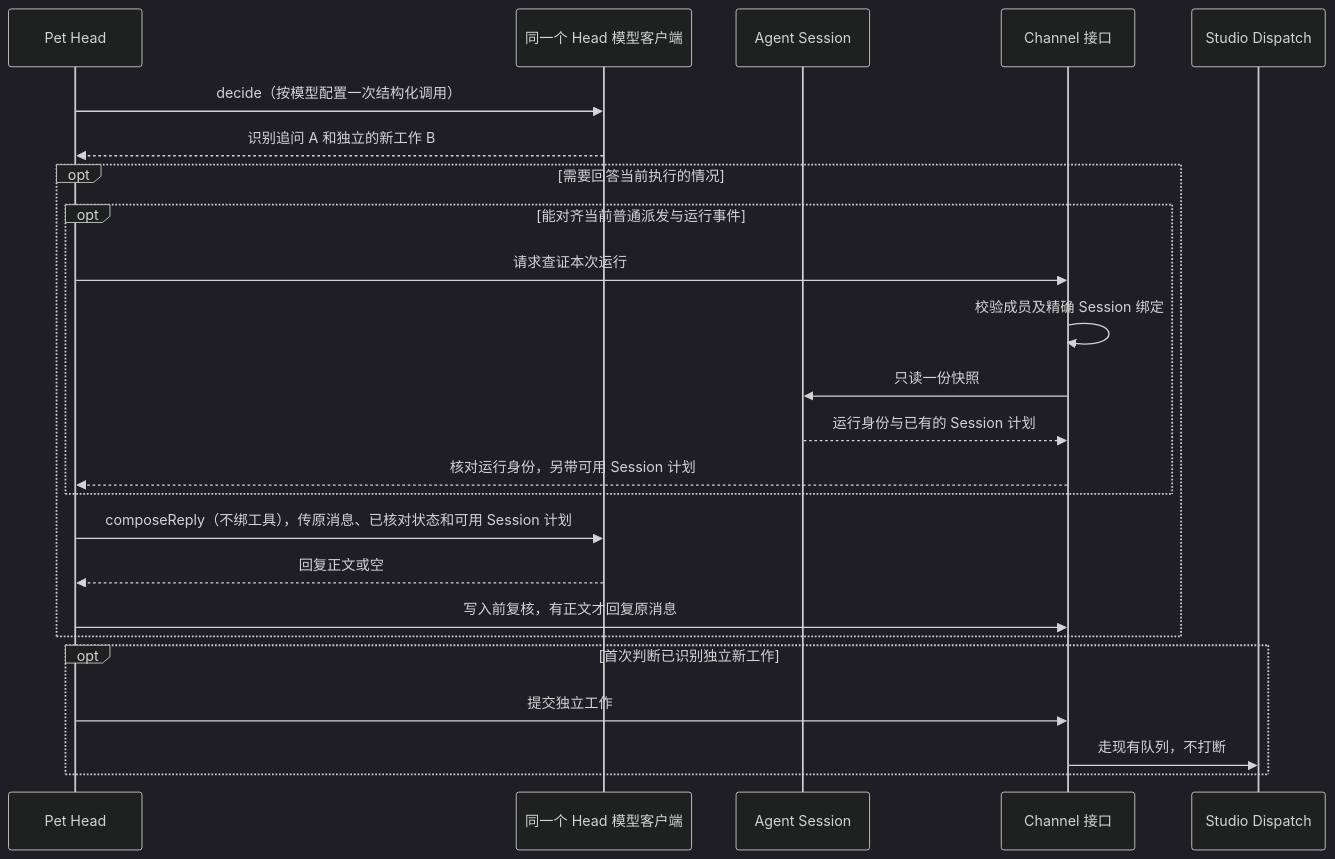
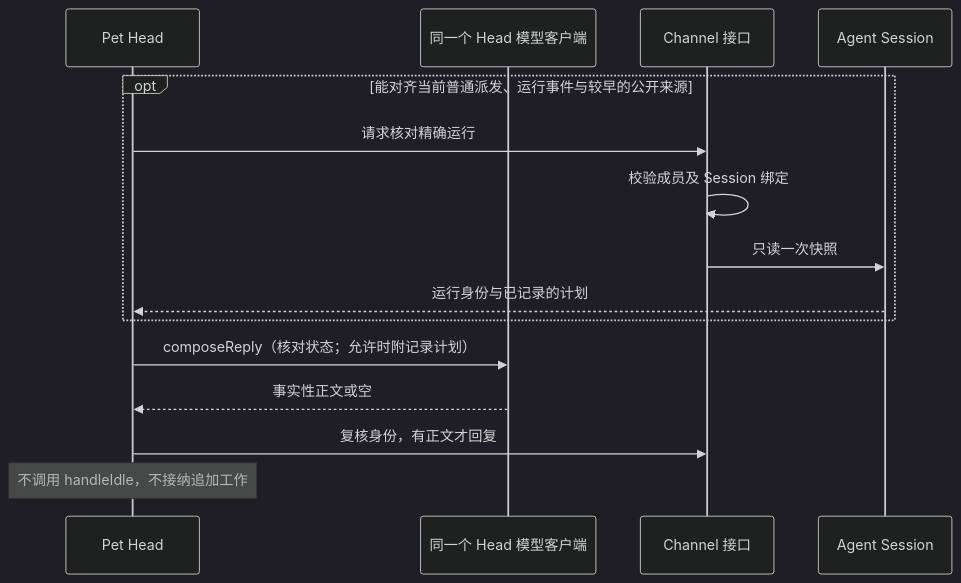
The fourth of 5 diagrams in docs/design/studio/pet-head-mechanism.md (pinpawo/pinpawo-agent), drawn with Mermaid (dark theme) before and after one commit. The commit also changed other lines of this file and 26 other files, not shown here.

````diff
--- a/docs/design/studio/pet-head-mechanism.md
+++ b/docs/design/studio/pet-head-mechanism.md
@@ -100,26 +101,17 @@
 ```mermaid
 sequenceDiagram
     participant H as Pet Head
     participant M as 同一个 Head 模型客户端
+    participant C as Channel 接口
     participant S as Agent Session
-    participant C as Channel 接口
-    participant D as Studio Dispatch
-    H->>M: decide（按模型配置一次结构化调用）
-    M-->>H: 识别追问 A 和独立的新工作 B
-    opt 需要回答当前执行的情况
-        opt 能对齐当前普通派发与运行事件
-            H->>C: 请求查证本次运行
-            C->>C: 校验成员及精确 Session 绑定
-            C->>S: 只读一份快照
-            S-->>C: 运行身份与已有的 Session 计划
-            C-->>H: 核对运行身份，另带可用 Session 计划
-        end
-        H->>M: composeReply（不绑工具），传原消息、已核对状态和可用 Session 计划
-        M-->>H: 回复正文或空
-        H->>C: 写入前复核，有正文才回复原消息
+    opt 能对齐当前普通派发、运行事件与较早的公开来源
+        H->>C: 请求核对精确运行
+        C->>C: 校验成员及 Session 绑定
+        C->>S: 只读一次快照
+        S-->>H: 运行身份与已记录的计划
     end
-    opt 首次判断已识别独立新工作
-        H->>C: 提交独立工作
-        C->>D: 走现有队列，不打断
-    end
+    H->>M: composeReply（核对状态；允许时附记录计划）
+    M-->>H: 事实性正文或空
+    H->>C: 复核身份，有正文才回复
+    Note over H: 不调用 handleIdle，不接纳追加工作
 ```
````
